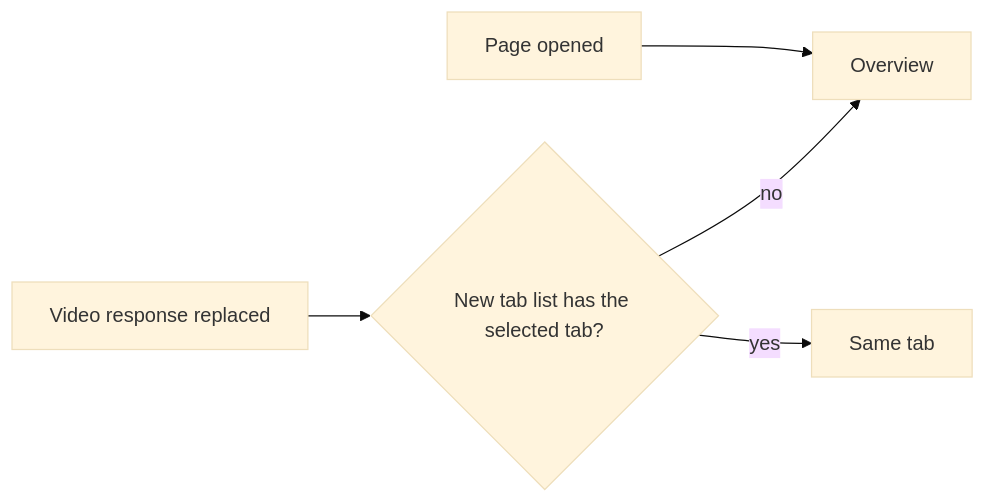
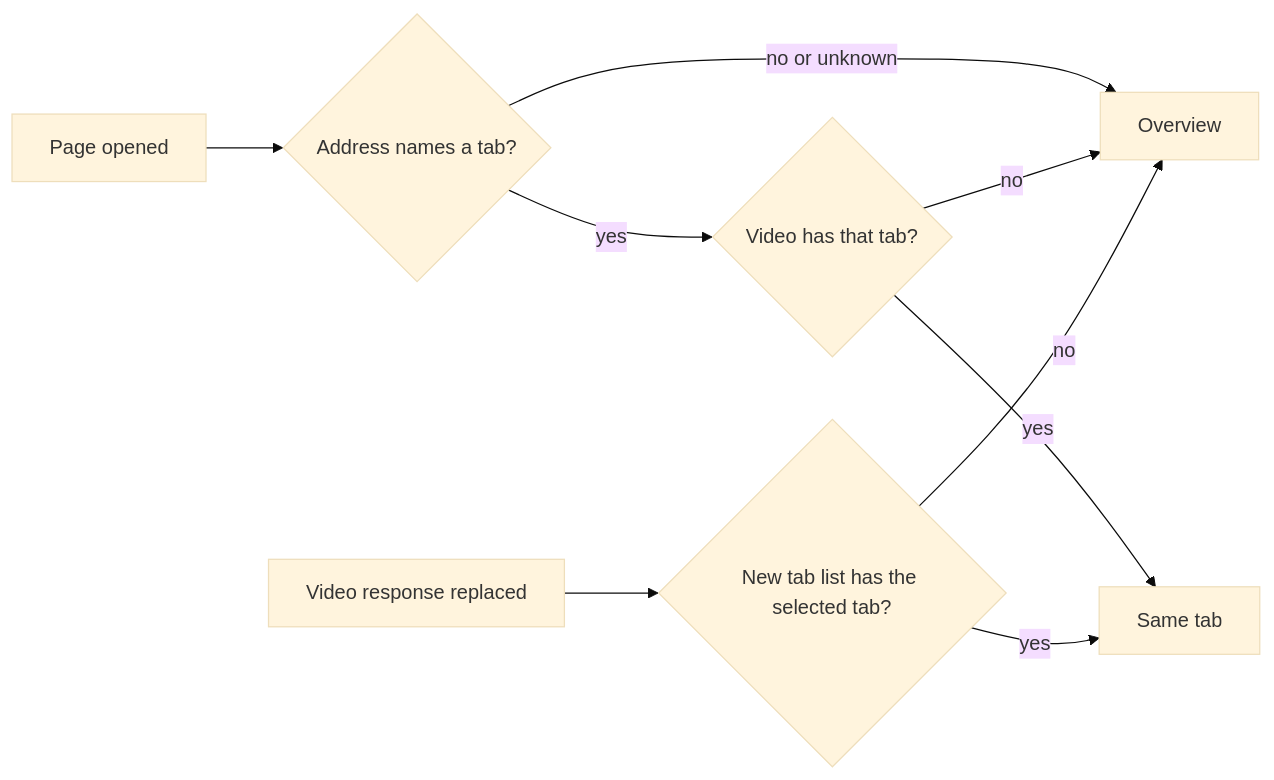
The ninth of 13 diagrams in docs/design-docs/library-ui.md (syudead/vv), drawn with Mermaid (base theme) before and after one commit. The commit also changed other lines of this file and 92 other files, not shown here.

First line of the commit message:
Act on the maintainer's video page feedback (#1557)

````diff
--- a/docs/design-docs/library-ui.md
+++ b/docs/design-docs/library-ui.md
@@ -701,7 +707,11 @@
 ```mermaid
 flowchart LR
-  open[Page opened] --> overview[Overview]
+  open[Page opened] --> named{Address names a tab?}
+  named -->|no or unknown| overview[Overview]
+  named -->|yes| listed{Video has that tab?}
+  listed -->|yes| keep
+  listed -->|no| overview
   change[Video response replaced] --> has{New tab list has the selected tab?}
   has -->|yes| keep[Same tab]
   has -->|no| overview
 ```
````
